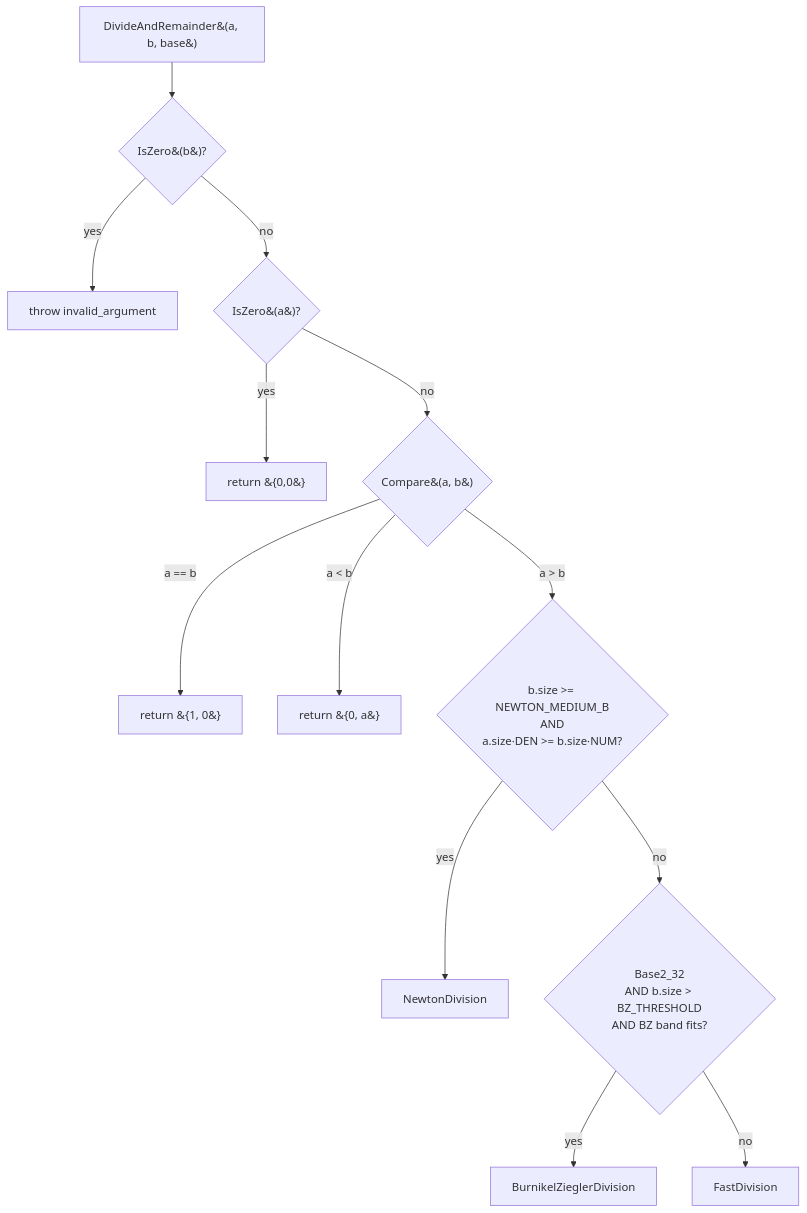
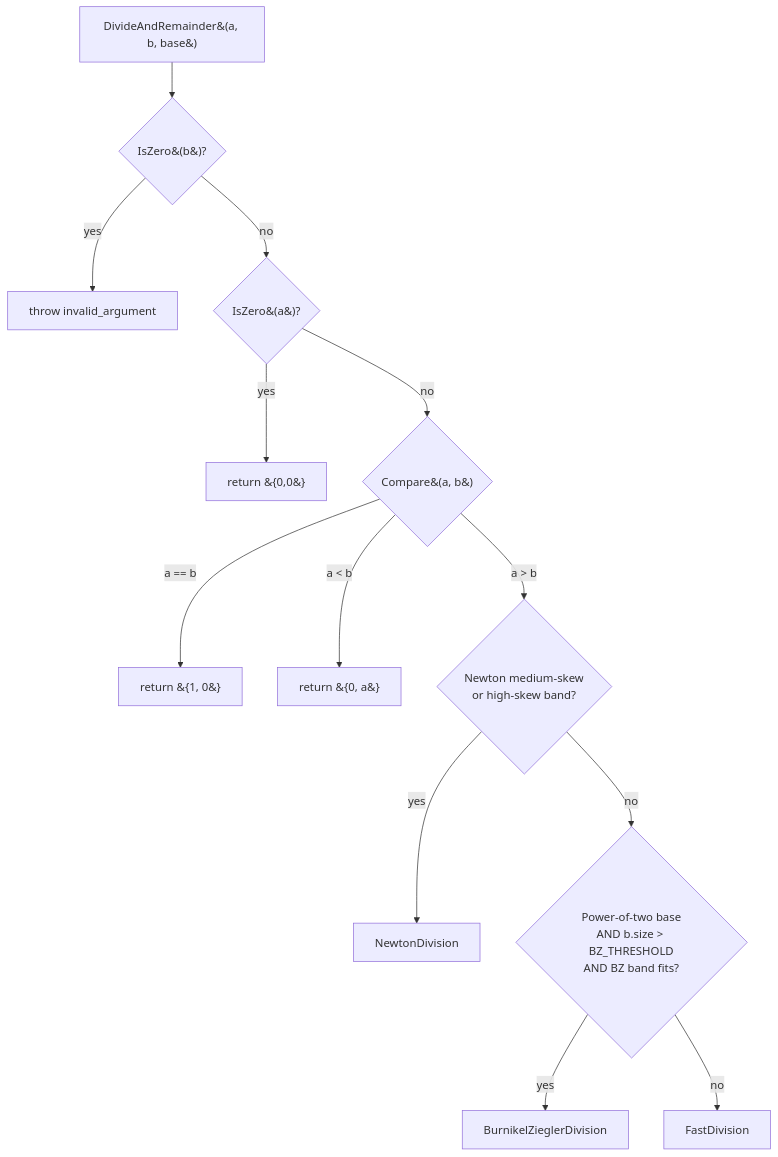
The diagram in docs/DIVISION.md (mmurshed/biginteger), drawn with Mermaid before and after one commit. The commit also changed other lines of this file and 5 other files, not shown here.

````diff
--- a/docs/DIVISION.md
+++ b/docs/DIVISION.md
@@ -56,15 +56,15 @@
 ```mermaid
 flowchart TD
     A[DivideAndRemainder&#40;a, b, base&#41;] --> B{IsZero&#40;b&#41;?}
     B -- yes --> Err[throw invalid_argument]
     B -- no --> C{IsZero&#40;a&#41;?}
     C -- yes --> Z[return &#123;0,0&#125;]
     C -- no --> D{Compare&#40;a, b&#41;}
     D -- a == b --> Eq[return &#123;1, 0&#125;]
     D -- a &lt; b --> Less[return &#123;0, a&#125;]
-    D -- a &gt; b --> E{b.size &gt;= NEWTON_MEDIUM_B<br/>AND<br/>a.size·DEN &gt;= b.size·NUM?}
+    D -- a &gt; b --> E{Newton medium-skew<br/>or high-skew band?}
     E -- yes --> N[NewtonDivision]
-    E -- no --> F{Base2_32<br/>AND b.size &gt; BZ_THRESHOLD<br/>AND BZ band fits?}
+    E -- no --> F{Power-of-two base<br/>AND b.size &gt; BZ_THRESHOLD<br/>AND BZ band fits?}
     F -- yes --> BZ[BurnikelZieglerDivision]
     F -- no --> FD[FastDivision]
 ```
````
